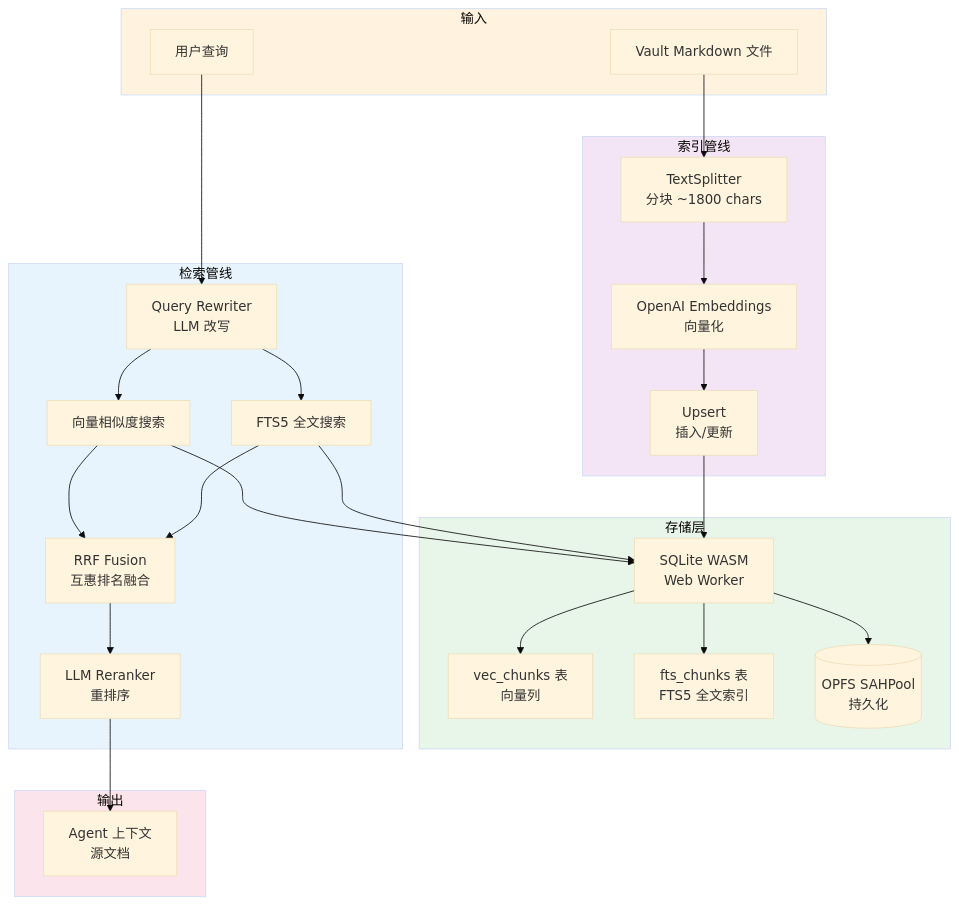
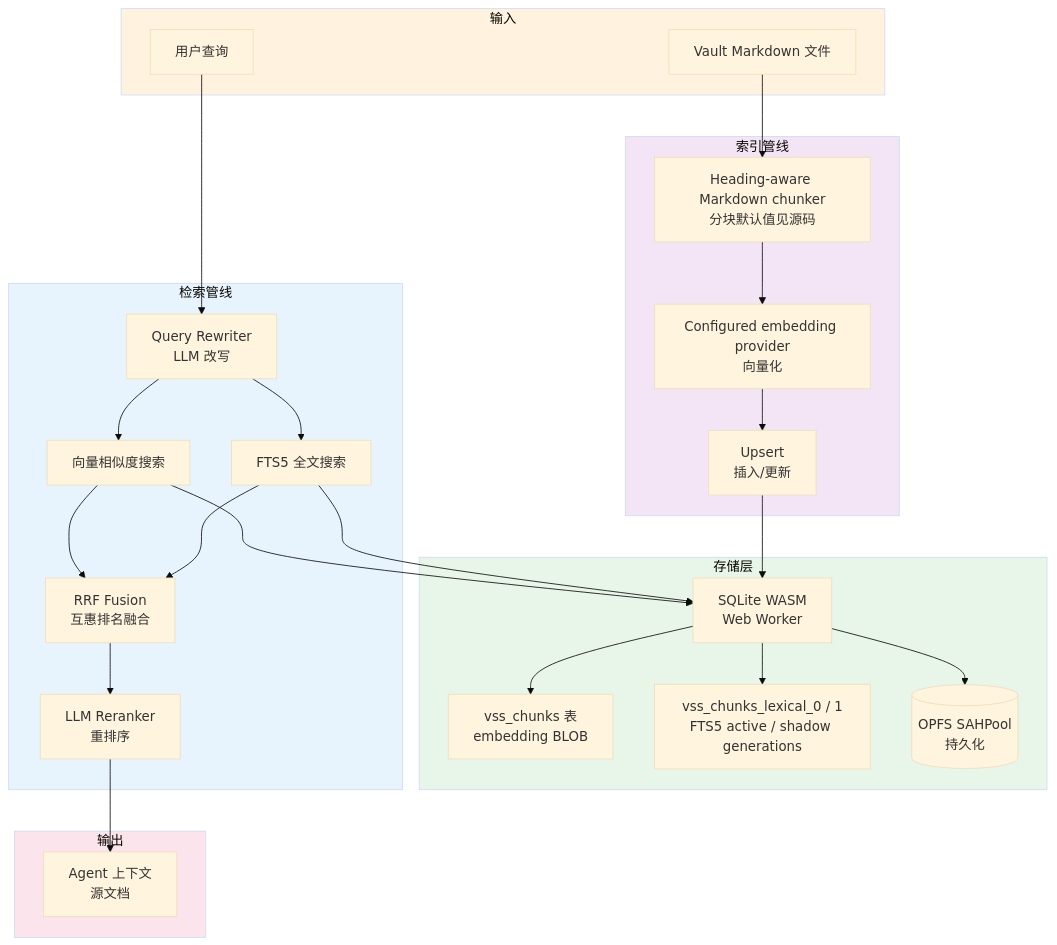
One commit to edonyzpc/personal-assistant changed the sixth of 14 diagrams in docs/architecture/architecture-overview.md. Above: the diagram before and after it, drawn with Mermaid (base theme). The commit also changed other lines of this file and 37 other files, not shown here.

````diff
--- a/docs/architecture/architecture-overview.md
+++ b/docs/architecture/architecture-overview.md
@@ -489,50 +499,50 @@
 ```mermaid
 graph TB
     subgraph Input["输入"]
         VAULT_FILES[Vault Markdown 文件]
         USER_Q[用户查询]
     end
 
     subgraph Indexing["索引管线"]
-        SPLIT[TextSplitter<br/>分块 ~1800 chars]
-        EMBED[OpenAI Embeddings<br/>向量化]
+        SPLIT[Heading-aware Markdown chunker<br/>分块默认值见源码]
+        EMBED[Configured embedding provider<br/>向量化]
         UPSERT[Upsert<br/>插入/更新]
     end
 
     subgraph Storage["存储层"]
         SQLITE[SQLite WASM<br/>Web Worker]
-        VEC_TBL[vec_chunks 表<br/>向量列]
-        FTS_TBL[fts_chunks 表<br/>FTS5 全文索引]
+        VEC_TBL[vss_chunks 表<br/>embedding BLOB]
+        FTS_TBL[vss_chunks_lexical_0 / 1<br/>FTS5 active / shadow generations]
         OPFS_STORE[(OPFS SAHPool<br/>持久化)]
     end
 
     subgraph Retrieval["检索管线"]
         QRW[Query Rewriter<br/>LLM 改写]
         VEC_SEARCH[向量相似度搜索]
         FTS_SEARCH[FTS5 全文搜索]
         RRF_MERGE[RRF Fusion<br/>互惠排名融合]
         RERANK[LLM Reranker<br/>重排序]
     end
 
     subgraph Output["输出"]
         CONTEXT[Agent 上下文<br/>源文档]
     end
 
     VAULT_FILES --> SPLIT --> EMBED --> UPSERT --> SQLITE
     SQLITE --> VEC_TBL & FTS_TBL
     SQLITE --> OPFS_STORE
 
     USER_Q --> QRW
     QRW --> VEC_SEARCH & FTS_SEARCH
     VEC_SEARCH --> SQLITE
     FTS_SEARCH --> SQLITE
     VEC_SEARCH --> RRF_MERGE
     FTS_SEARCH --> RRF_MERGE
     RRF_MERGE --> RERANK --> CONTEXT
 
     style Input fill:#fff3e0
     style Indexing fill:#f3e5f5
     style Storage fill:#e8f5e9
     style Retrieval fill:#e8f4fd
     style Output fill:#fce4ec
 ```
````
